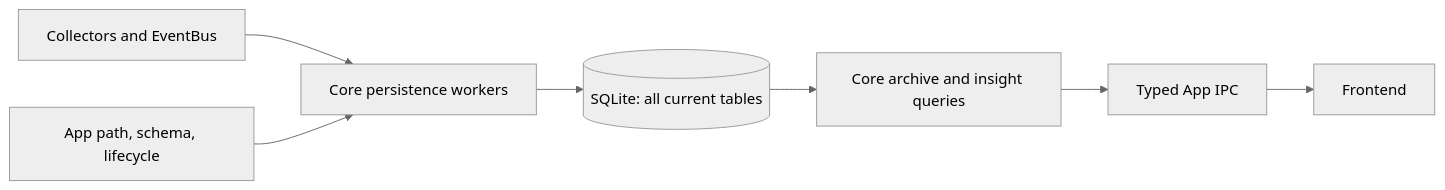
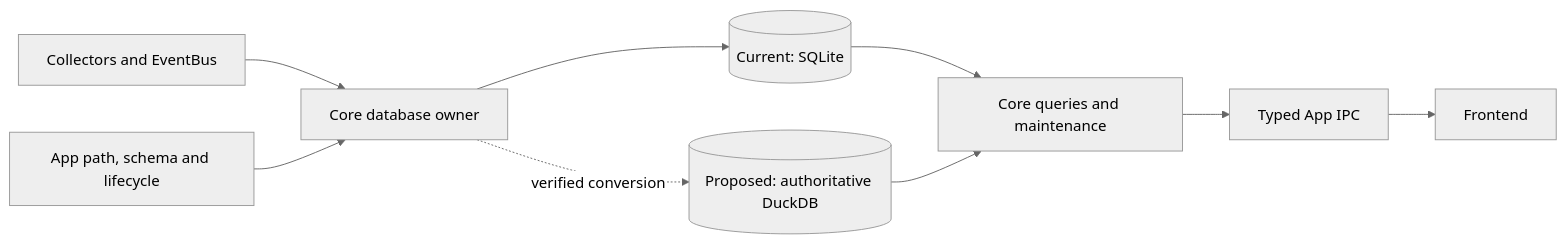
Before and after one commit to shm11C3/HardwareVisualizer: the diagram in docs/design/hardware-archive-duckdb.md, drawn with Mermaid (neutral theme). The commit also changed other lines of this file and 4 other files, not shown here.

````diff
--- a/docs/design/hardware-archive-duckdb.md
+++ b/docs/design/hardware-archive-duckdb.md
@@ -27,9 +29,11 @@
-~~~mermaid
+```mermaid
 flowchart LR
-  Collectors[Collectors and EventBus] --> Core[Core persistence workers]
-  App[App path, schema, lifecycle] --> Core
-  Core --> SQLite[(SQLite: all current tables)]
-  SQLite --> Queries[Core archive and insight queries]
+  Collectors[Collectors and EventBus] --> Core[Core database owner]
+  App[App path, schema and lifecycle] --> Core
+  Core --> Current[(Current: SQLite)]
+  Core -. verified conversion .-> Proposed[(Proposed: authoritative DuckDB)]
+  Current --> Queries[Core queries and maintenance]
+  Proposed --> Queries
   Queries --> IPC[Typed App IPC]
   IPC --> UI[Frontend]
-~~~
+```
````
